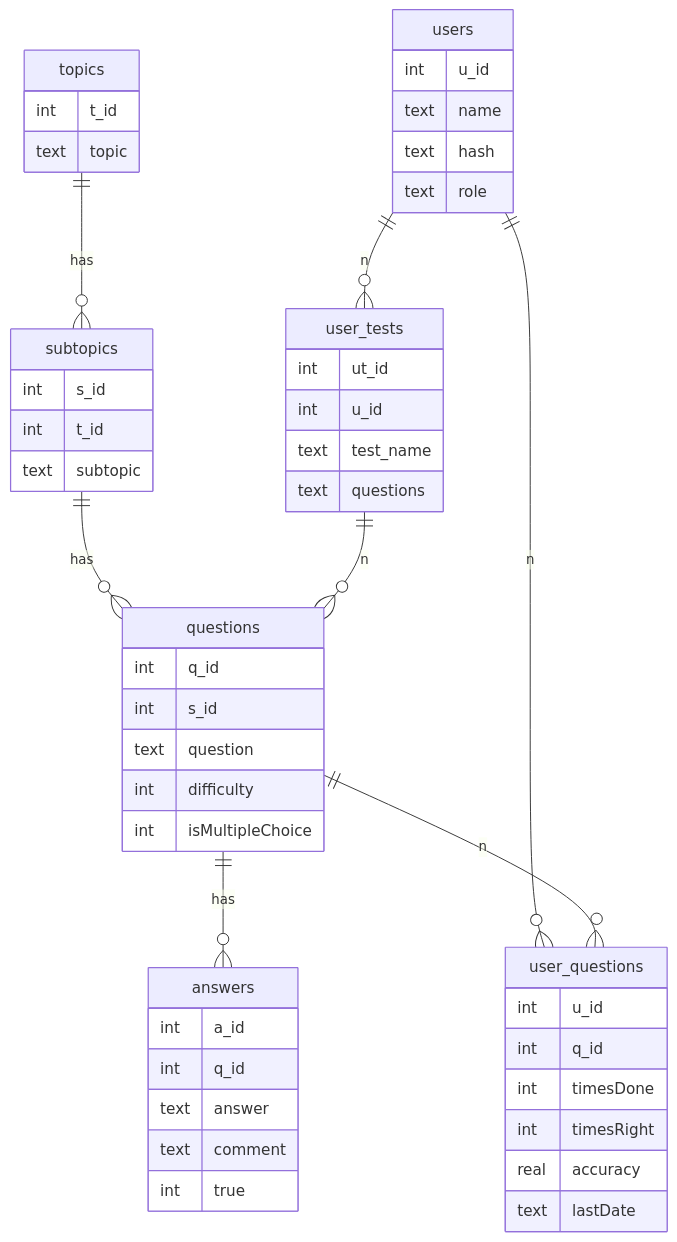
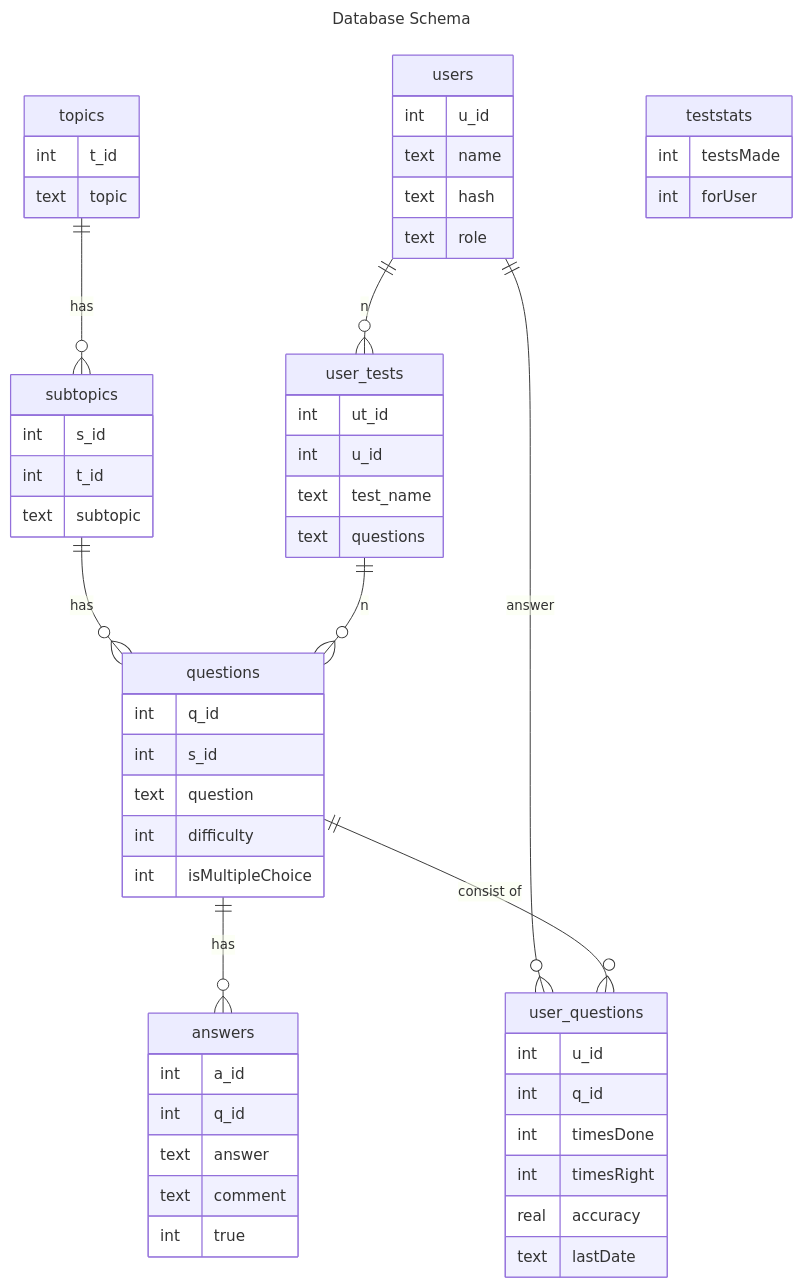
Before and after one commit to KlaBra16F1/CS50: the diagram in docs/documentation.md, drawn with Mermaid. The commit also changed other lines of this file and 2 other files, not shown here.

````diff
--- a/docs/documentation.md
+++ b/docs/documentation.md
@@ -31,56 +9,62 @@
-```mermaid
+```mermaid 
+---
+title: Database Schema
+---
 erDiagram
 
 topics {
     int t_id
     text topic
 }
 subtopics {
     int s_id
     int t_id
     text subtopic
 }
 questions {
     int q_id
     int s_id
     text question
     int difficulty
     int isMultipleChoice
 }
 answers {
     int a_id
     int q_id
     text answer
     text comment
     int true
 }
 users {
     int u_id
     text name
     text hash
     text role
 }
 user_questions {
     int u_id
     int q_id
     int timesDone
     int timesRight
     real accuracy
     text lastDate
 }
 user_tests {
     int ut_id
     int u_id
     text test_name
     text questions
 }
-
+teststats {
+    int testsMade
+    int forUser
+}
 
 topics ||--o{ subtopics : has
 subtopics ||--o{ questions : has
 questions ||--o{ answers : has
-users ||--o{ user_questions : n
-questions ||--o{ user_questions : n
+users ||--o{ user_questions : answer
+questions ||--o{ user_questions : "consist of"
 users ||--o{ user_tests : n
 user_tests ||--o{ questions : n
 ```
````
